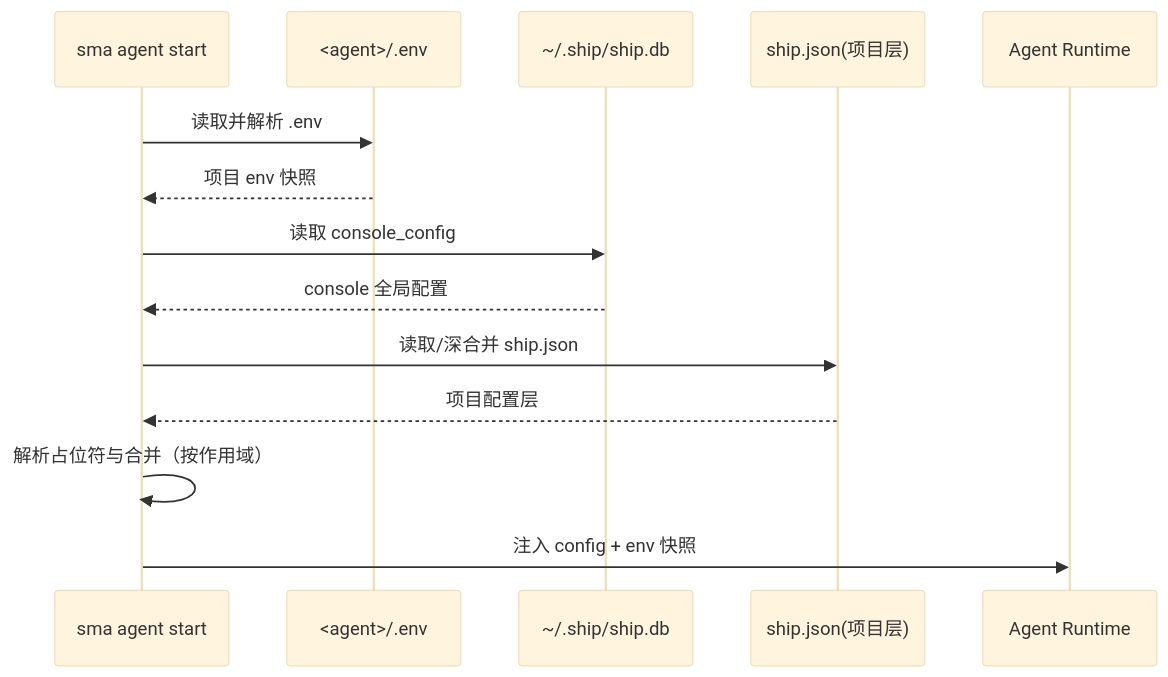
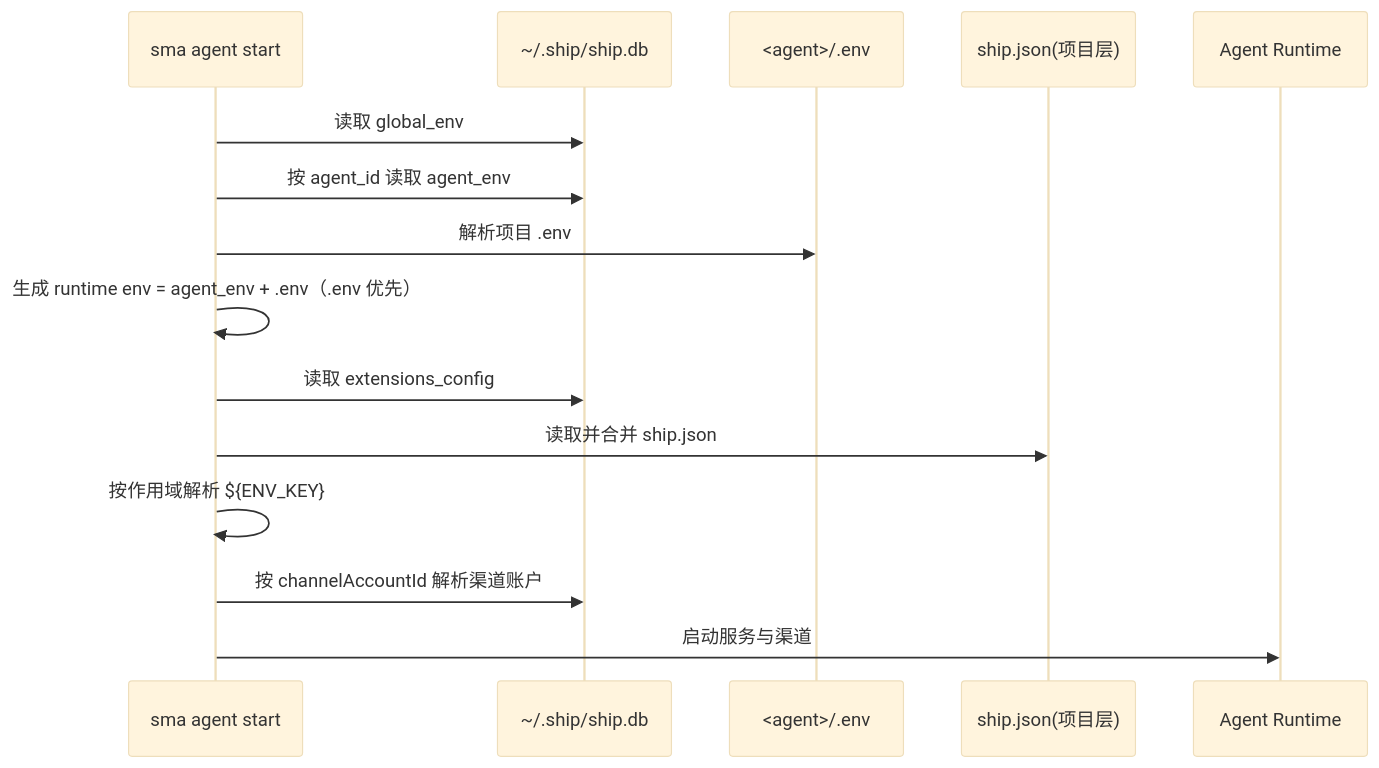
The first of 2 diagrams in homepage/content/docs/zh/configuration/environment-variables.mdx (wangenius/downcity), drawn with Mermaid (base theme) before and after one commit. The commit also changed other lines of this file and 127 other files, not shown here.

````diff
--- a/homepage/content/docs/zh/configuration/environment-variables.mdx
+++ b/homepage/content/docs/zh/configuration/environment-variables.mdx
@@ -101,17 +36,18 @@
 ```mermaid
 sequenceDiagram
   participant CLI as sma agent start
+  participant DB as ~/.ship/ship.db
   participant ENV as <agent>/.env
-  participant DB as ~/.ship/ship.db
   participant JSON as ship.json(项目层)
   participant RT as Agent Runtime
 
-  CLI->>ENV: 读取并解析 .env
-  ENV-->>CLI: 项目 env 快照
-  CLI->>DB: 读取 console_config
-  DB-->>CLI: console 全局配置
-  CLI->>JSON: 读取/深合并 ship.json
-  JSON-->>CLI: 项目配置层
-  CLI->>CLI: 解析占位符与合并（按作用域）
-  CLI->>RT: 注入 config + env 快照
+  CLI->>DB: 读取 global_env
+  CLI->>DB: 按 agent_id 读取 agent_env
+  CLI->>ENV: 解析项目 .env
+  CLI->>CLI: 生成 runtime env = agent_env + .env（.env 优先）
+  CLI->>DB: 读取 extensions_config
+  CLI->>JSON: 读取并合并 ship.json
+  CLI->>CLI: 按作用域解析 ${ENV_KEY}
+  CLI->>DB: 按 channelAccountId 解析渠道账户
+  CLI->>RT: 启动服务与渠道
 ```
````
